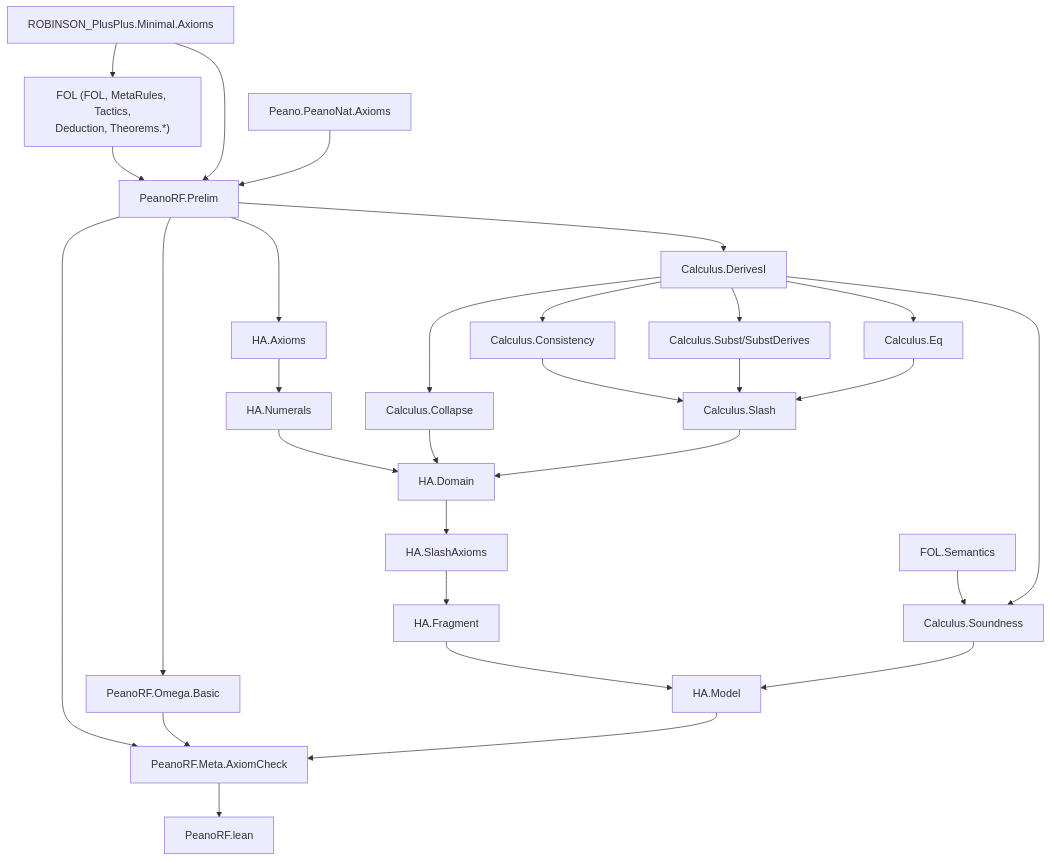
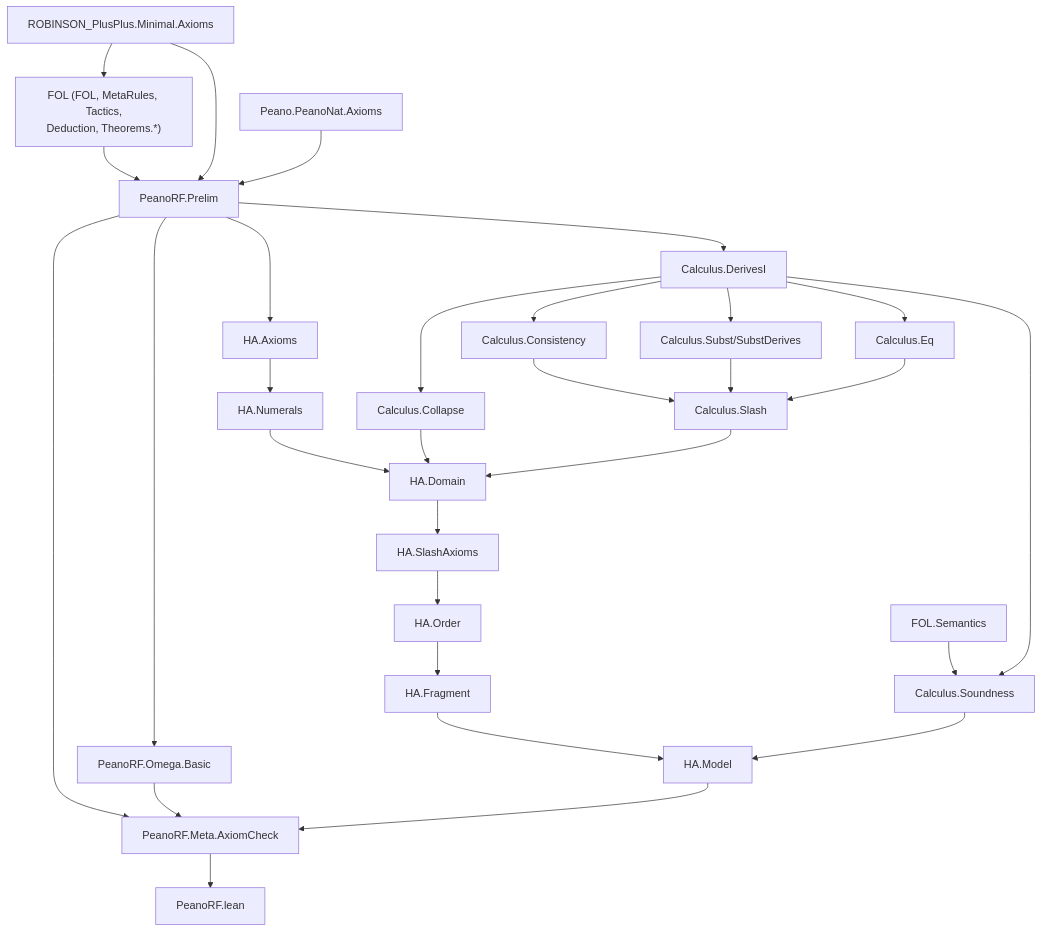
Before and after one commit to julian1c2a/PeanoRF: the diagram in REFERENCE.md, drawn with Mermaid. The commit also changed other lines of this file and 10 other files, not shown here.

````diff
--- a/REFERENCE.md
+++ b/REFERENCE.md
@@ -138,31 +139,32 @@
 ```mermaid
 graph TD
     FOL["FOL (FOL, MetaRules, Tactics,<br/>Deduction, Theorems.*)"] --> P[PeanoRF.Prelim]
     RPP[ROBINSON_PlusPlus.Minimal.Axioms] --> P
     PL[Peano.PeanoNat.Axioms] --> P
     RPP --> FOL
     P --> OM[PeanoRF.Omega.Basic]
     P --> DI[Calculus.DerivesI]
     DI --> CE[Calculus.Eq]
     DI --> CC[Calculus.Collapse]
     DI --> CS[Calculus.Subst/SubstDerives]
     DI --> CN[Calculus.Consistency]
     SEM["FOL.Semantics"] --> SO[Calculus.Soundness]
     DI --> SO
     CN --> SL[Calculus.Slash]
     CS --> SL
     CE --> SL
     P --> HAX[HA.Axioms]
     HAX --> HN[HA.Numerals]
     HN --> HD[HA.Domain]
     CC --> HD
     SL --> HD
     HD --> HS[HA.SlashAxioms]
-    HS --> HF[HA.Fragment]
+    HS --> HO[HA.Order]
+    HO --> HF[HA.Fragment]
     HF --> HM[HA.Model]
     SO --> HM
     P --> AC[PeanoRF.Meta.AxiomCheck]
     OM --> AC
     HM --> AC
     AC --> R[PeanoRF.lean]
 ```
````
